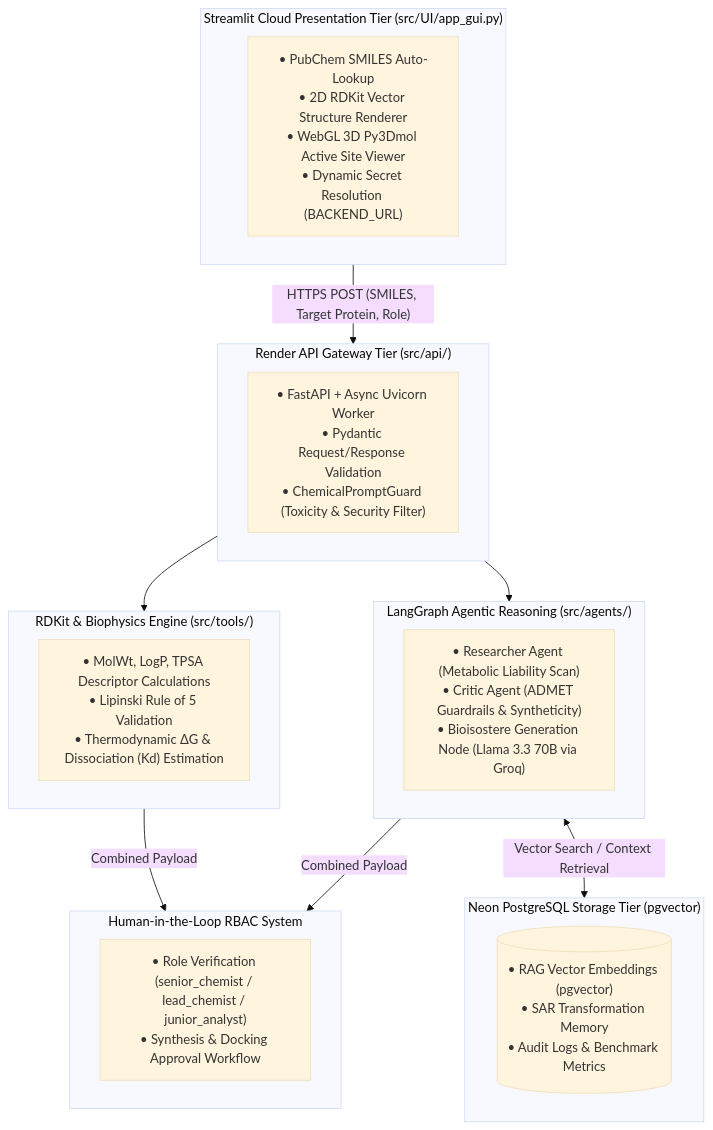
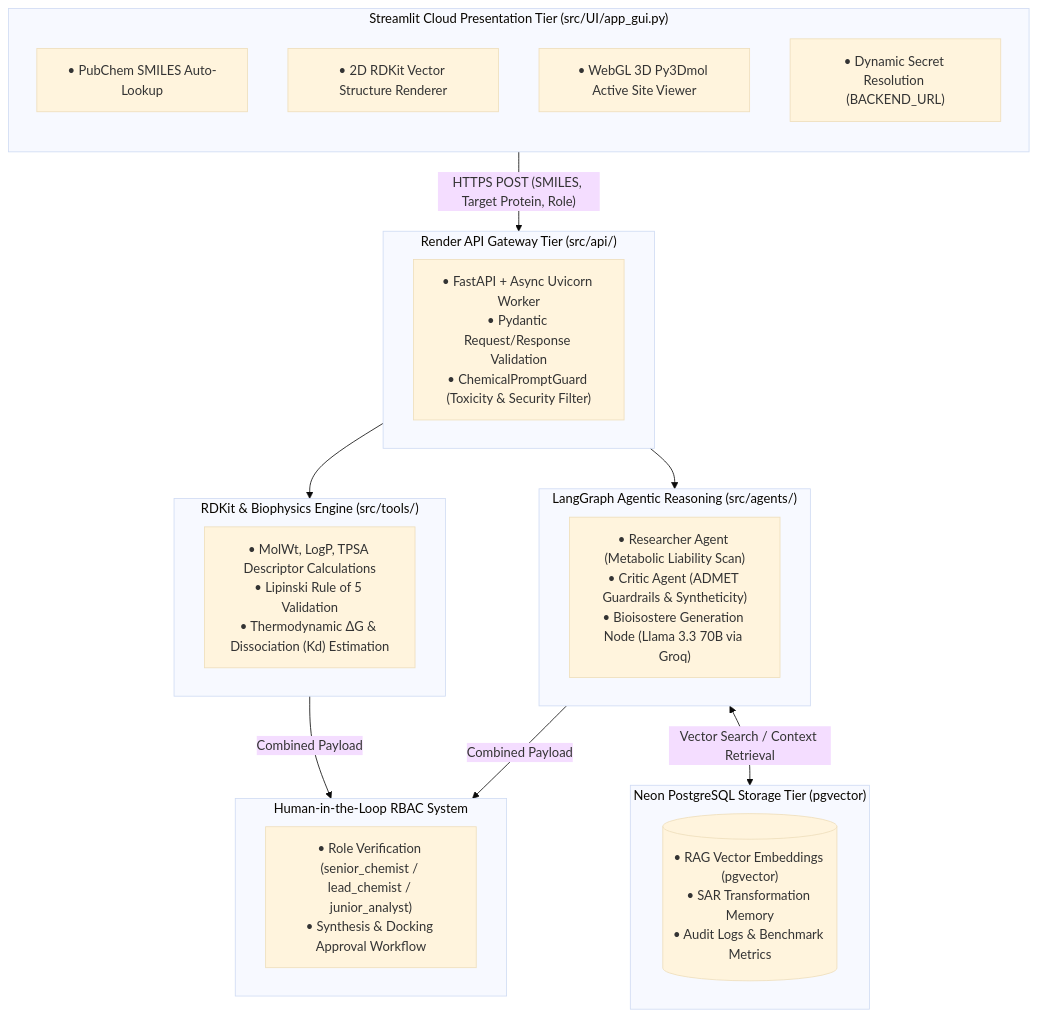
One commit to akkamble90/LeadOpt-AI changed the diagram in README.md. Above: the diagram before and after it, drawn with Mermaid (base theme).

````diff
--- a/README.md
+++ b/README.md
@@ -32,33 +32,37 @@
 ```mermaid
 graph TD
     subgraph UI_Layer[" Streamlit Cloud Presentation Tier (src/UI/app_gui.py)"]
-        UI["• PubChem SMILES Auto-Lookup<br/>• 2D RDKit Vector Structure Renderer<br/>• WebGL 3D Py3Dmol Active Site Viewer<br/>• Dynamic Secret Resolution (BACKEND_URL)"]
+        direction TB
+        UI1["• PubChem SMILES Auto-Lookup"]
+        UI2["• 2D RDKit Vector Structure Renderer"]
+        UI3["• WebGL 3D Py3Dmol Active Site Viewer"]
+        UI4["• Dynamic Secret Resolution (BACKEND_URL)"]
     end
 
     subgraph API_Layer[" Render API Gateway Tier (src/api/)"]
         API["• FastAPI + Async Uvicorn Worker<br/>• Pydantic Request/Response Validation<br/>• ChemicalPromptGuard (Toxicity & Security Filter)"]
     end
 
     subgraph Comp_Engine[" RDKit & Biophysics Engine (src/tools/)"]
         RDKit["• MolWt, LogP, TPSA Descriptor Calculations<br/>• Lipinski Rule of 5 Validation<br/>• Thermodynamic ΔG & Dissociation (Kd) Estimation"]
     end
 
     subgraph Agent_Orch[" LangGraph Agentic Reasoning (src/agents/)"]
         Graph["• Researcher Agent (Metabolic Liability Scan)<br/>• Critic Agent (ADMET Guardrails & Syntheticity)<br/>• Bioisostere Generation Node (Llama 3.3 70B via Groq)"]
     end
 
     subgraph DB_Layer[" Neon PostgreSQL Storage Tier (pgvector)"]
         DB[("• RAG Vector Embeddings (pgvector)<br/>• SAR Transformation Memory<br/>• Audit Logs & Benchmark Metrics")]
     end
 
     subgraph Governance[" Human-in-the-Loop RBAC System"]
         HITL["• Role Verification (senior_chemist / lead_chemist / junior_analyst)<br/>• Synthesis & Docking Approval Workflow"]
     end
 
     UI_Layer -->|"HTTPS POST (SMILES, Target Protein, Role)"| API_Layer
     API_Layer --> Comp_Engine
     API_Layer --> Agent_Orch
     Agent_Orch <-->|"Vector Search / Context Retrieval"| DB_Layer
     Comp_Engine -->|"Combined Payload"| Governance
     Agent_Orch -->|"Combined Payload"| Governance
 ```
````
